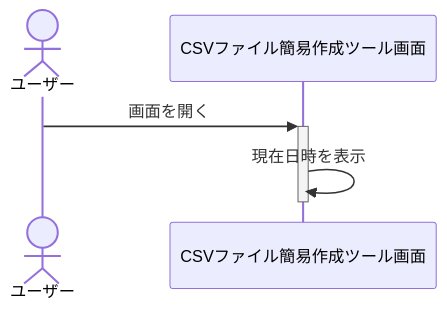
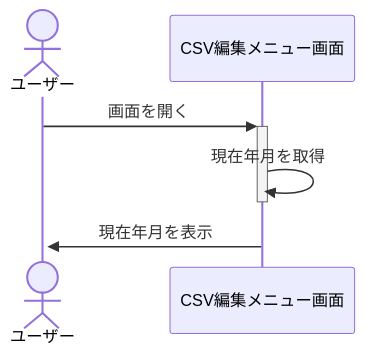
The first of 7 diagrams in AttrMF/csvdownload/csvcreate/docs/CreateKeiro.md (brain-yuhei/CsvCreateTool), drawn with Mermaid before and after one commit. The commit also changed other lines of this file and 16 other files, not shown here.

````diff
--- a/AttrMF/csvdownload/csvcreate/docs/CreateKeiro.md
+++ b/AttrMF/csvdownload/csvcreate/docs/CreateKeiro.md
@@ -279,9 +128,10 @@
 ```mermaid
 sequenceDiagram
 actor 1 as ユーザー
-participant 2 as CSVファイル簡易作成ツール画面
+participant 2 as CSV編集メニュー画面
 
 1->>+2: 画面を開く
-2->>-2: 現在日時を表示
+2->>-2: 現在年月を取得
+2->>+1: 現在年月を表示
 
 ```
````
